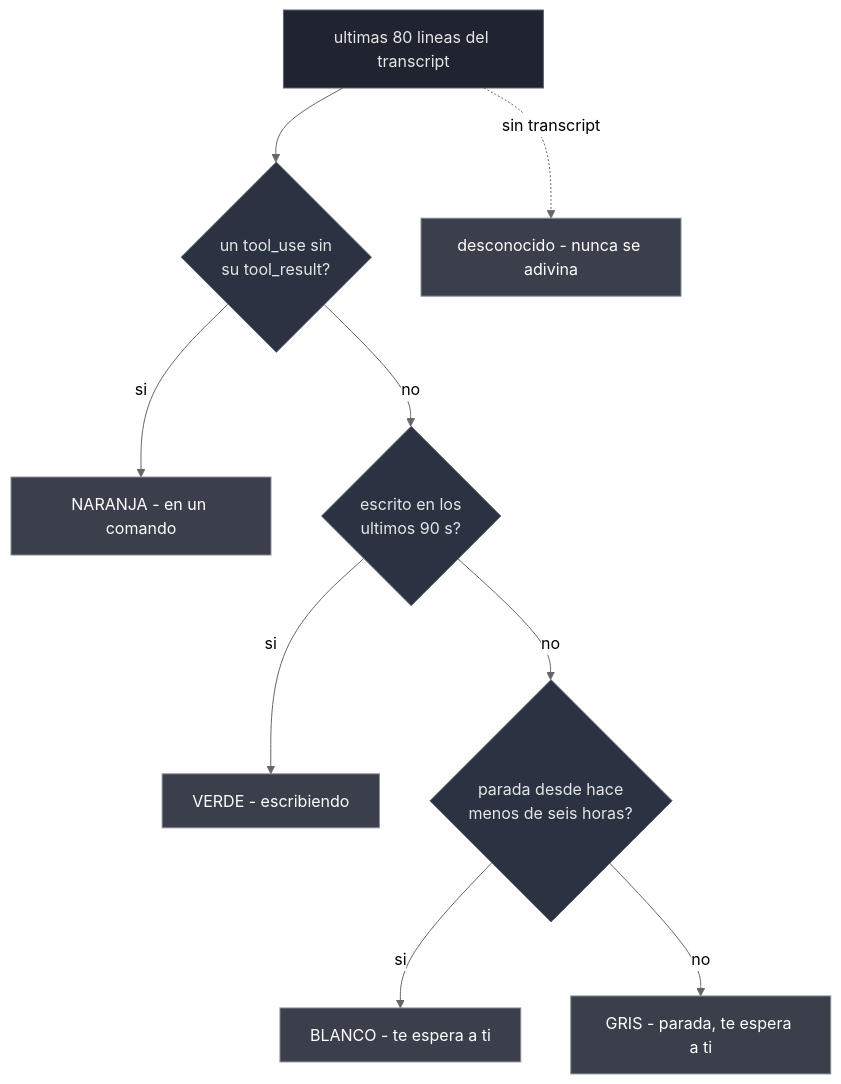
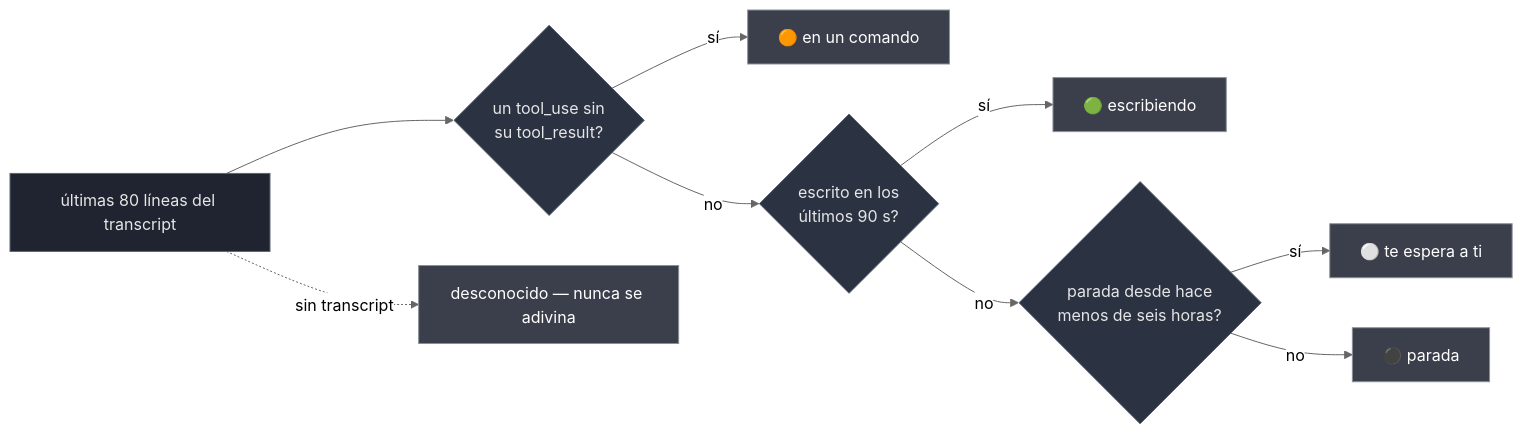
The diagram in README.es.md (ElRaxy/sereno), drawn with Mermaid (neutral theme) before and after one commit. The commit also changed 1 other file, not shown here.

Commit message:
docs(readme): el arbol de estados en horizontal, con los mismos iconos que la lista
En vertical salia altisimo (cuatro niveles de decision apilados) y partia la lectura
del README en dos. En horizontal mide 1240x347, que es la forma de una cascada, que
es justo lo que es la logica. Y los nodos de salida llevan el mismo icono que se ve
en la fila, no el nombre del color.

Validado con el parser de mermaid, no dando por hecho que la sintaxis fuera buena:
los dos idiomas renderizan y devuelven SVG.

````diff
--- a/README.es.md
+++ b/README.es.md
@@ -86,18 +86,18 @@
 ```mermaid
-flowchart TD
-    T["ultimas 80 lineas del transcript"] --> A{"un tool_use sin<br>su tool_result?"}
-    A -->|si| S1["NARANJA - en un comando"]
-    A -->|no| B{"escrito en los<br>ultimos 90 s?"}
-    B -->|si| S2["VERDE - escribiendo"]
+flowchart LR
+    T["últimas 80 líneas del transcript"] --> A{"un tool_use sin<br>su tool_result?"}
+    A -->|sí| S1["🟠 en un comando"]
+    A -->|no| B{"escrito en los<br>últimos 90 s?"}
+    B -->|sí| S2["🟢 escribiendo"]
     B -->|no| C{"parada desde hace<br>menos de seis horas?"}
-    C -->|si| S3["BLANCO - te espera a ti"]
-    C -->|no| S4["GRIS - parada, te espera a ti"]
-    T -.->|"sin transcript"| S5["desconocido - nunca se adivina"]
+    C -->|sí| S3["⚪ te espera a ti"]
+    C -->|no| S4["⚫ parada"]
+    T -.->|"sin transcript"| S5["desconocido — nunca se adivina"]
 
     classDef fact fill:#1f2430,stroke:#5c6773,color:#e6e6e6
     classDef ask fill:#2b3242,stroke:#5c6773,color:#e6e6e6
     classDef out fill:#3a3f4b,stroke:#8a8f99,color:#ffffff
     class T fact
     class A,B,C ask
     class S1,S2,S3,S4,S5 out
 ```
````
